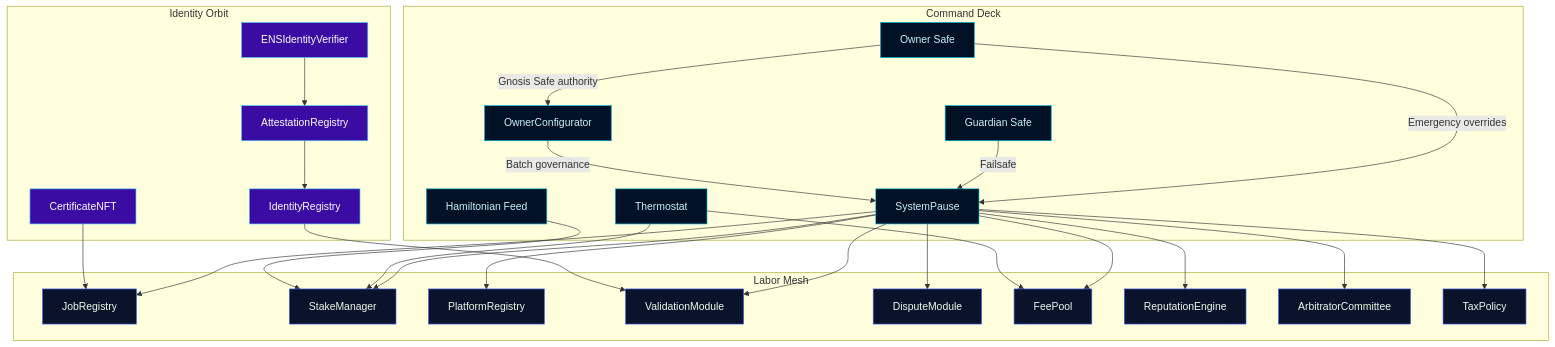
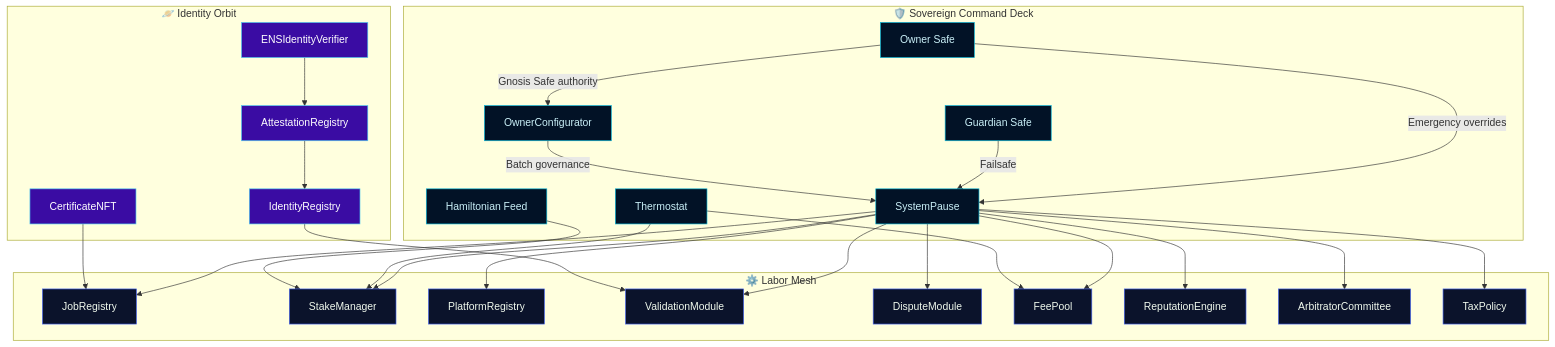
One commit to MontrealAI/agijobs-sovereign-labor-v0p1 changed the first of 4 diagrams in docs/README.md. Above: the diagram before and after it, drawn with Mermaid. The commit also changed other lines of this file, not shown here.

Commit message:
docs: refresh sovereign codex overview

````diff
--- a/docs/README.md
+++ b/docs/README.md
@@ -47,54 +47,54 @@
 ```mermaid
 graph TD
-    subgraph CommandDeck[Command Deck]
+    subgraph SovereignCommand["🛡️ Sovereign Command Deck"]
         owner[Owner Safe]
         guardian[Guardian Safe]
         configurator[OwnerConfigurator]
         pause[SystemPause]
         thermo[Thermostat]
         hamiltonian[Hamiltonian Feed]
     end
-    subgraph LaborMesh[Labor Mesh]
+    subgraph LaborMesh["⚙️ Labor Mesh"]
         job[JobRegistry]
         stake[StakeManager]
         platform[PlatformRegistry]
         validate[ValidationModule]
         dispute[DisputeModule]
         fee[FeePool]
         rep[ReputationEngine]
         arb[ArbitratorCommittee]
         tax[TaxPolicy]
     end
-    subgraph IdentityOrbit[Identity Orbit]
+    subgraph IdentityOrbit["🪐 Identity Orbit"]
         identity[IdentityRegistry]
         attest[AttestationRegistry]
         cert[CertificateNFT]
         ens[ENSIdentityVerifier]
     end
     owner -->|Gnosis Safe authority| configurator
     owner -->|Emergency overrides| pause
     guardian -->|Failsafe| pause
     configurator -->|Batch governance| pause
     pause --> job
     pause --> stake
     pause --> platform
     pause --> validate
     pause --> dispute
     pause --> fee
     pause --> rep
     pause --> arb
     pause --> tax
     thermo --> stake
     thermo --> fee
     hamiltonian --> stake
     identity --> validate
     attest --> identity
     ens --> attest
     cert --> job
-    classDef CommandDeck fill:#021226,stroke:#00b4d8,color:#caf0f8;
+    classDef SovereignCommand fill:#021226,stroke:#00b4d8,color:#caf0f8;
     classDef LaborMesh fill:#0b132b,stroke:#4361ee,color:#f1faee;
     classDef IdentityOrbit fill:#3a0ca3,stroke:#4cc9f0,color:#ffffff;
-    class owner,guardian,configurator,pause,thermo,hamiltonian CommandDeck;
+    class owner,guardian,configurator,pause,thermo,hamiltonian SovereignCommand;
     class job,stake,platform,validate,dispute,fee,rep,arb,tax LaborMesh;
     class identity,attest,cert,ens IdentityOrbit;
 ```
````
